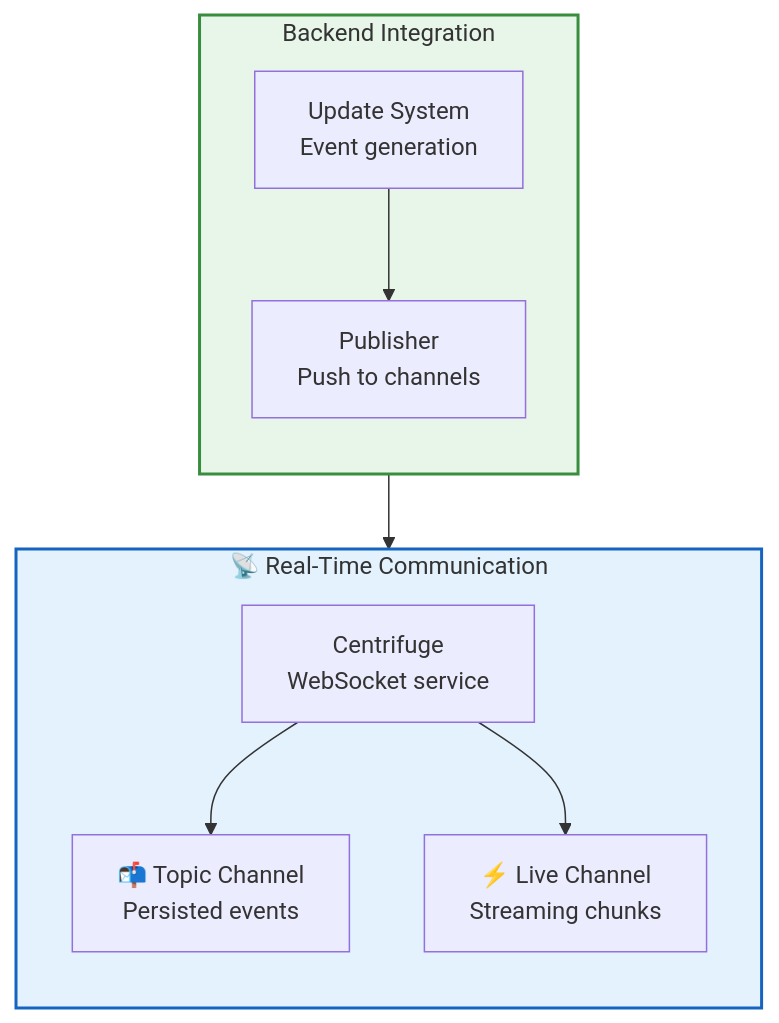
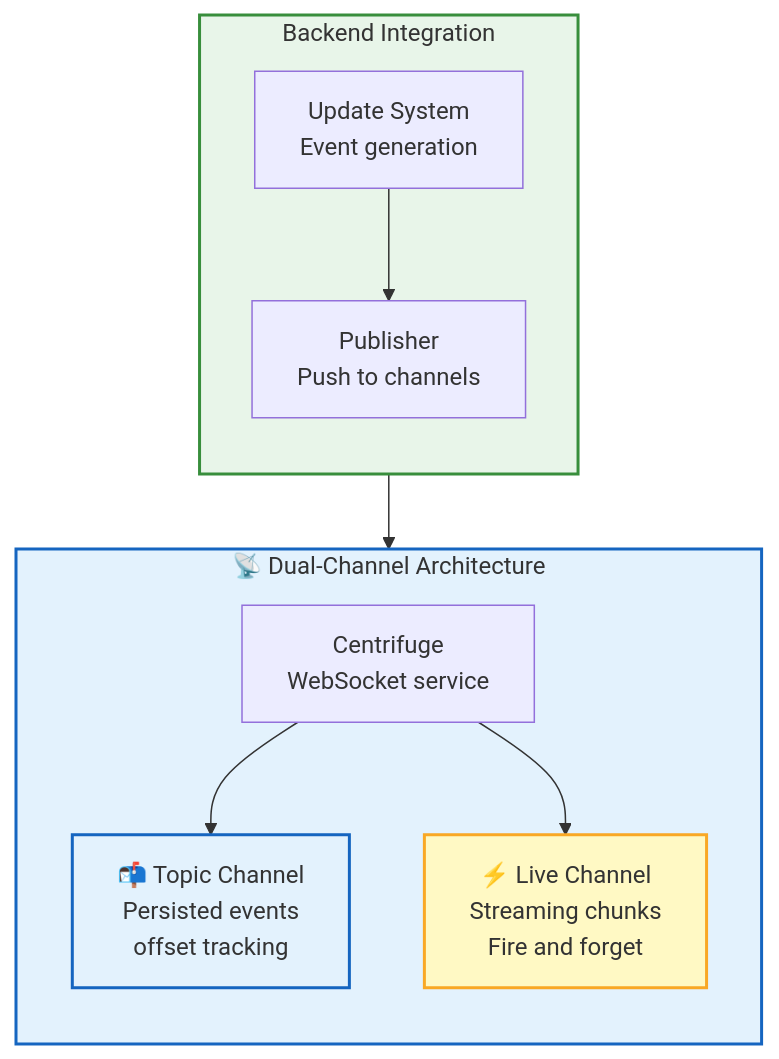
One commit to rtc-agent/docs changed the tenth of 11 diagrams in src/content/docs/en/architecture/backend.md. Above: the diagram before and after it, drawn with Mermaid. The commit also changed other lines of this file and 60 other files, not shown here.

First line of the commit message:
docs(site): refresh documentation with new sections and improved diagrams

````diff
--- a/src/content/docs/en/architecture/backend.md
+++ b/src/content/docs/en/architecture/backend.md
@@ -217,21 +323,23 @@
 ```mermaid
 flowchart TD
-    subgraph COMM["📡 Real-Time Communication"]
+    subgraph COMM["📡 Dual-Channel Architecture"]
         direction TB
         CF["Centrifuge<br/>WebSocket service"]
 
-        CF --> TOPIC["📬 Topic Channel<br/>Persisted events"]
-        CF --> LIVE["⚡ Live Channel<br/>Streaming chunks"]
+        CF --> TOPIC["📬 Topic Channel<br/>Persisted events<br/>offset tracking"]
+        CF --> LIVE["⚡ Live Channel<br/>Streaming chunks<br/>Fire and forget"]
     end
 
     subgraph BACKEND["Backend Integration"]
         direction TB
         UPD["Update System<br/>Event generation"]
         PUB["Publisher<br/>Push to channels"]
     end
 
     UPD --> PUB --> CF
 
     style COMM fill:#e3f2fd,stroke:#1565c0,stroke-width:2px
     style BACKEND fill:#e8f5e9,stroke:#388e3c,stroke-width:2px
+    style TOPIC fill:#e3f2fd,stroke:#1565c0,stroke-width:2px
+    style LIVE fill:#fff9c4,stroke:#f9a825,stroke-width:2px
 ```
````
